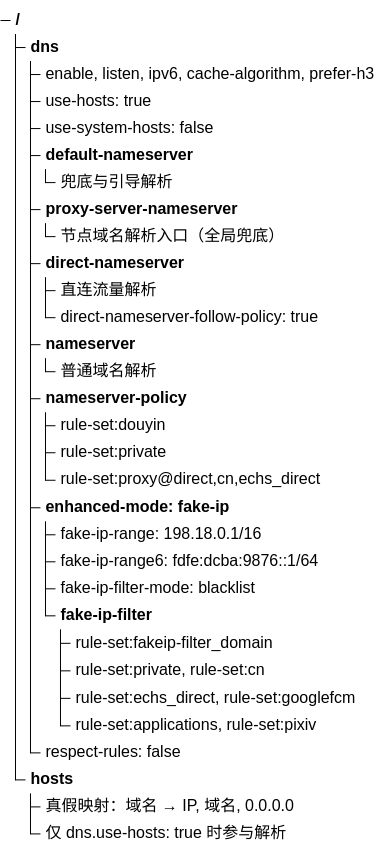
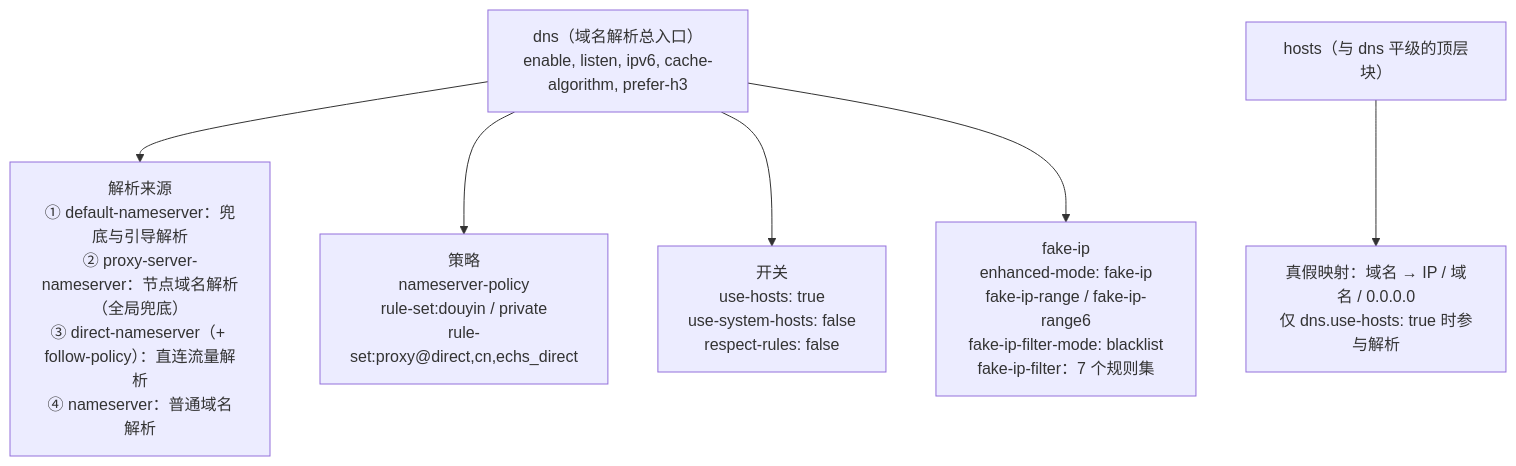
The first of 6 diagrams in README.md (XVSVTsama/XVSVT-Clash-Config), drawn with Mermaid before and after one commit. The commit also changed other lines of this file, not shown here.

Commit message:
Replace treeView with theme-aware tree, tabulate Bettbox switches, complete rule-set overlap inventory

````diff
--- a/README.md
+++ b/README.md
@@ -69,33 +69,10 @@
 ```mermaid
-treeView-beta
-    dns/
-        enable, listen, ipv6, cache-algorithm, prefer-h3
-        use-hosts: true
-        use-system-hosts: false
-        default-nameserver/
-            兜底与引导解析
-        proxy-server-nameserver/
-            节点域名解析入口（全局兜底）
-        direct-nameserver/
-            直连流量解析
-            direct-nameserver-follow-policy: true
-        nameserver/
-            普通域名解析
-        nameserver-policy/
-            rule-set:douyin
-            rule-set:private
-            rule-set:proxy@direct,cn,echs_direct
-        enhanced-mode: fake-ip/
-            fake-ip-range: 198.18.0.1/16
-            fake-ip-range6: fdfe:dcba:9876::1/64
-            fake-ip-filter-mode: blacklist
-            fake-ip-filter/
-                rule-set:fakeip-filter_domain
-                rule-set:private, rule-set:cn
-                rule-set:echs_direct, rule-set:googlefcm
-                rule-set:applications, rule-set:pixiv
-        respect-rules: false
-    hosts/
-        真假映射：域名 → IP, 域名, 0.0.0.0
-        仅 dns.use-hosts: true 时参与解析
+flowchart TD
+  DNS["dns（域名解析总入口）<br/>enable, listen, ipv6, cache-algorithm, prefer-h3"]
+  DNS --> A["解析来源<br/>① default-nameserver：兜底与引导解析<br/>② proxy-server-nameserver：节点域名解析（全局兜底）<br/>③ direct-nameserver（+ follow-policy）：直连流量解析<br/>④ nameserver：普通域名解析"]
+  DNS --> B["策略<br/>nameserver-policy<br/>rule-set:douyin / private<br/>rule-set:proxy@direct,cn,echs_direct"]
+  DNS --> C["开关<br/>use-hosts: true<br/>use-system-hosts: false<br/>respect-rules: false"]
+  DNS --> D["fake-ip<br/>enhanced-mode: fake-ip<br/>fake-ip-range / fake-ip-range6<br/>fake-ip-filter-mode: blacklist<br/>fake-ip-filter：7 个规则集"]
+  HOSTS["hosts（与 dns 平级的顶层块）"]
+  HOSTS --> H["真假映射：域名 → IP / 域名 / 0.0.0.0<br/>仅 dns.use-hosts: true 时参与解析"]
 ```
````
